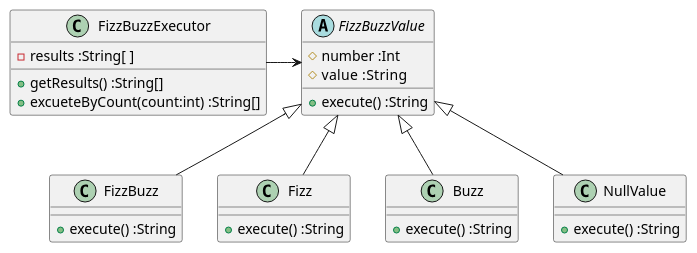
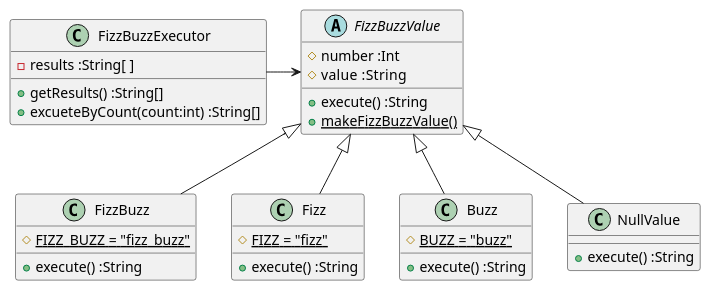
The first of 2 diagrams in docs/src/fizzbuzz.md (k2works/etude_for_java), drawn with PlantUML before and after one commit. The commit also changed other lines of this file and 3 other files, not shown here.

First line of the commit message:
FizzBuzz #EFJ-8

````diff
--- a/docs/src/fizzbuzz.md
+++ b/docs/src/fizzbuzz.md
@@ -32,33 +32,36 @@
 ```puml
 @startuml
 class FizzBuzzExecutor {
   -results :String[ ]
   +getResults() :String[]  
   +excueteByCount(count:int) :String[]
 }
 abstract class FizzBuzzValue {
   #number :Int
   #value  :String
   +execute() :String
+  +{static} makeFizzBuzzValue()
 }
 class FizzBuzz {
+  #{static} FIZZ_BUZZ = "fizz_buzz"
   +execute() :String
 }
 class Fizz {
-
+  #{static} FIZZ = "fizz"
   +execute() :String
 }
 class Buzz {
+  #{static} BUZZ = "buzz"  
   +execute() :String  
 }
 class NullValue {
   +execute() :String  
 }
 FizzBuzzExecutor -> FizzBuzzValue
 FizzBuzzValue <|-- Fizz
 FizzBuzzValue <|-- Buzz
 FizzBuzzValue <|-- FizzBuzz
 FizzBuzzValue <|-- NullValue
 
 @enduml
 ```
````
